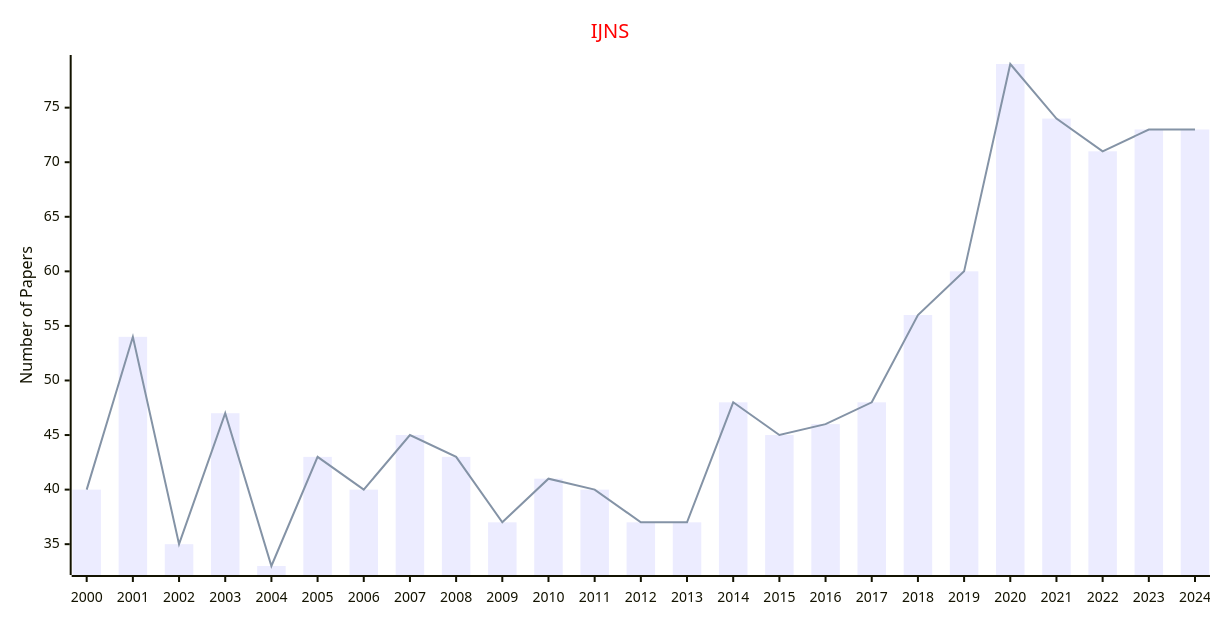
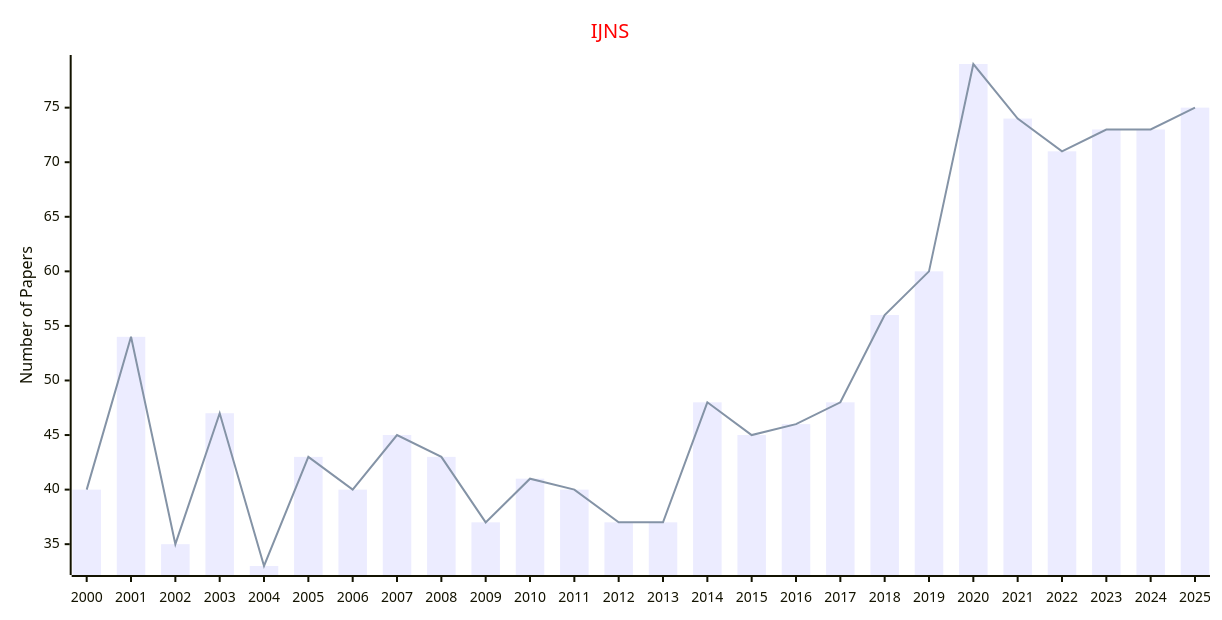
Before and after one commit to Easy-PhD/AILinks: the fifth of 5 diagrams in docs/data/Journals/Statistics_Journals/Neural_Networks.md, drawn with Mermaid. The commit also changed 93 other files, not shown here.

````diff
--- a/docs/data/Journals/Statistics_Journals/Neural_Networks.md
+++ b/docs/data/Journals/Statistics_Journals/Neural_Networks.md
@@ -111,17 +111,17 @@
 ```mermaid
 ---
 config:
     xyChart:
         width: 1200
         height: 600
     themeVariables:
         xyChart:
             titleColor: "#ff0000"
 ---
 xychart-beta
     title "IJNS"
-    x-axis [2000, 2001, 2002, 2003, 2004, 2005, 2006, 2007, 2008, 2009, 2010, 2011, 2012, 2013, 2014, 2015, 2016, 2017, 2018, 2019, 2020, 2021, 2022, 2023, 2024]
+    x-axis [2000, 2001, 2002, 2003, 2004, 2005, 2006, 2007, 2008, 2009, 2010, 2011, 2012, 2013, 2014, 2015, 2016, 2017, 2018, 2019, 2020, 2021, 2022, 2023, 2024, 2025]
     y-axis "Number of Papers"
-    bar [40, 54, 35, 47, 33, 43, 40, 45, 43, 37, 41, 40, 37, 37, 48, 45, 46, 48, 56, 60, 79, 74, 71, 73, 73]
-    line [40, 54, 35, 47, 33, 43, 40, 45, 43, 37, 41, 40, 37, 37, 48, 45, 46, 48, 56, 60, 79, 74, 71, 73, 73]
+    bar [40, 54, 35, 47, 33, 43, 40, 45, 43, 37, 41, 40, 37, 37, 48, 45, 46, 48, 56, 60, 79, 74, 71, 73, 73, 75]
+    line [40, 54, 35, 47, 33, 43, 40, 45, 43, 37, 41, 40, 37, 37, 48, 45, 46, 48, 56, 60, 79, 74, 71, 73, 73, 75]
 ```
````
